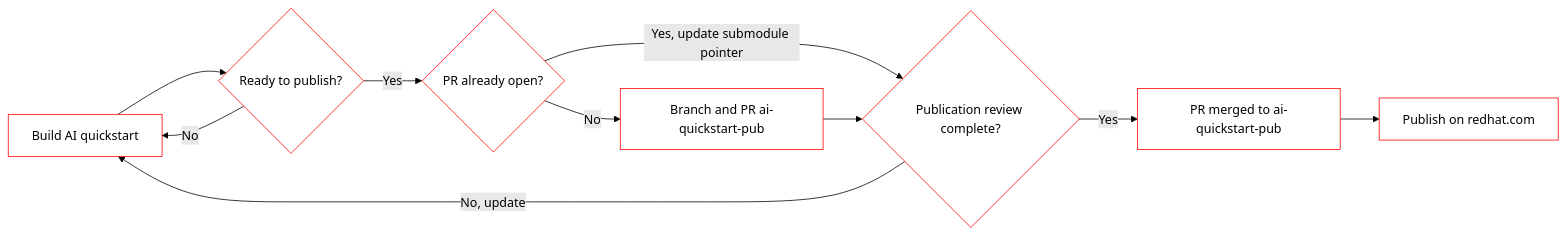
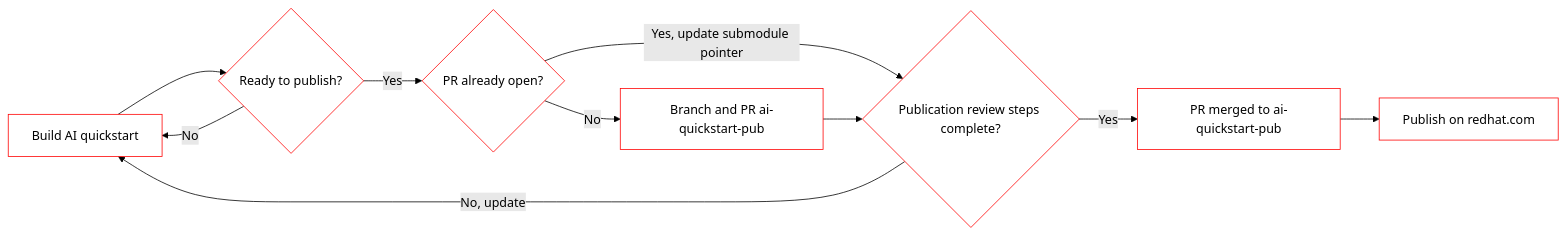
The first of 2 diagrams in PUBLISHING.md (rh-ai-quickstart/ai-quickstart-contrib), drawn with Mermaid (forest theme) before and after one commit. The commit also changed other lines of this file, not shown here.

````diff
--- a/PUBLISHING.md
+++ b/PUBLISHING.md
@@ -17,20 +17,20 @@
 ```mermaid
   flowchart LR 
     A[Build AI quickstart] --> B{Ready to publish?};
     B -- No --> A;
     B -- Yes --> C{PR already open?};
     C -- No --> D[Branch and PR ai-quickstart-pub];
     C -- Yes, update submodule pointer --> E;
-    D --> E{Publication review complete?};
+    D --> E{Publication review steps complete?};
     E -- No, update --> A;
     E -- Yes --> F[PR merged to ai-quickstart-pub];
     F --> G[Publish on redhat.com];
 
     style A fill:#fff,stroke:#f00
     style B fill:#fff,stroke:#f00
     style C fill:#fff,stroke:#f00
     style D fill:#fff,stroke:#f00
     style E fill:#fff,stroke:#f00
     style F fill:#fff,stroke:#f00
     style G fill:#fff,stroke:#f00
 ```
````
